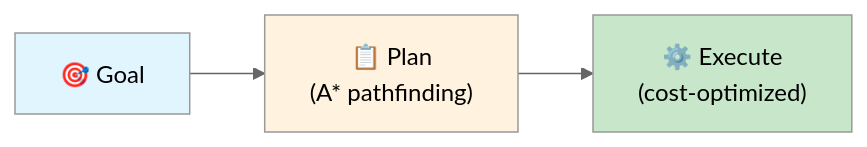
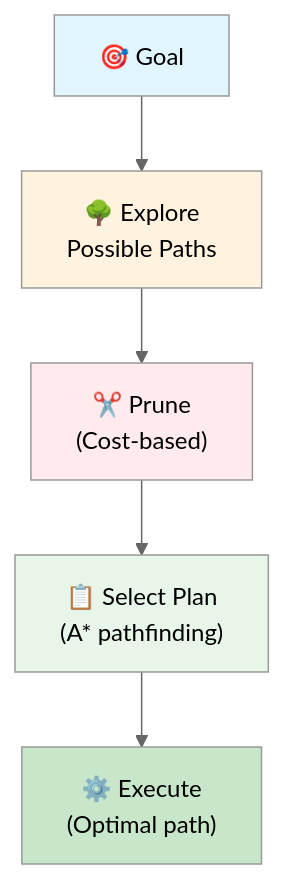
One commit to Algiras/vs-zinios-conference-2025-11-18 changed the sixth of 13 diagrams in slides/presentation.md. Above: the diagram before and after it, drawn with Mermaid (neutral theme). The commit also changed other lines of this file and 1 other file, not shown here.

First line of the commit message:
fix: correct GOAP and ReAct architecture descriptions

````diff
--- a/slides/presentation.md
+++ b/slides/presentation.md
@@ -1142,8 +1142,12 @@
 ```mermaid
-graph LR
-    GOAL["🎯 Goal"] --> PLAN["📋 Plan<br/>(A* pathfinding)"]
-    PLAN --> EXEC["⚙️ Execute<br/>(cost-optimized)"]
+graph TB
+    GOAL["🎯 Goal"] --> EXPLORE["🌳 Explore<br/>Possible Paths"]
+    EXPLORE --> PRUNE["✂️ Prune<br/>(Cost-based)"]
+    PRUNE --> PLAN["📋 Select Plan<br/>(A* pathfinding)"]
+    PLAN --> EXEC["⚙️ Execute<br/>(Optimal path)"]
     style GOAL fill:#e1f5ff
-    style PLAN fill:#fff3e0
+    style EXPLORE fill:#fff3e0
+    style PRUNE fill:#ffebee
+    style PLAN fill:#e8f5e9
     style EXEC fill:#c8e6c9
 ```
````
